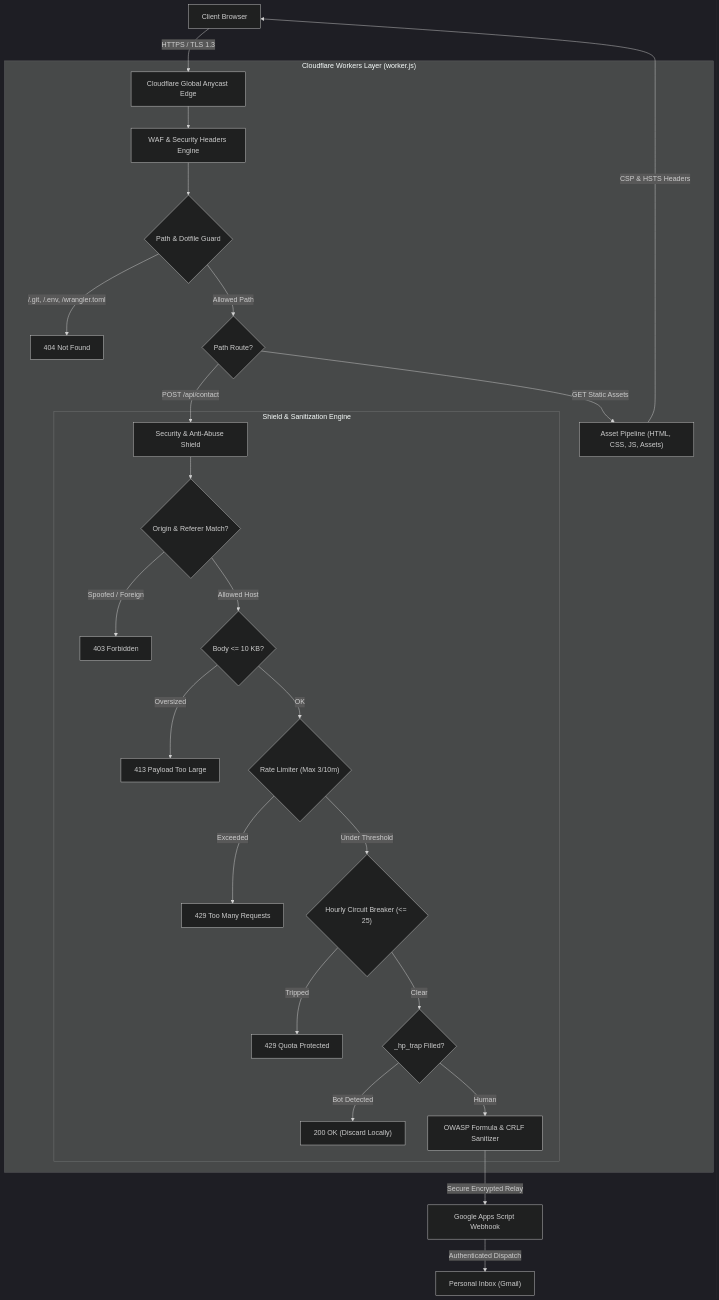
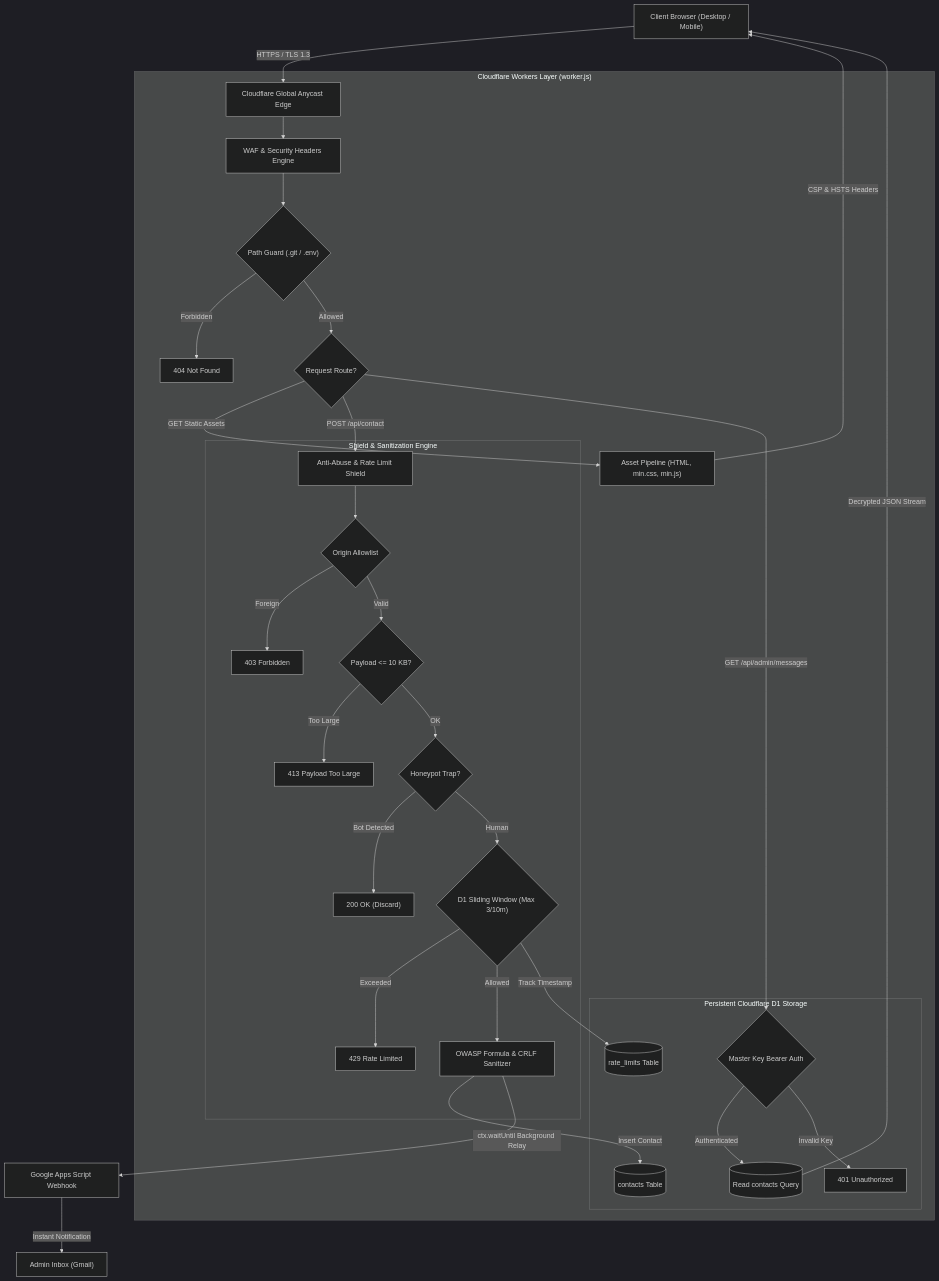
Before and after one commit to Anmolop97/My-portfolio..: the diagram in README.md, drawn with Mermaid (dark theme). The commit also changed other lines of this file and 2 other files, not shown here.

Commit message:
docs: upgrade technical README and whitelist portfolio-anmol.pages.dev origin

````diff
--- a/README.md
+++ b/README.md
@@ -82,32 +93,39 @@
 ```mermaid
 flowchart TD
-    Client["Client Browser"] -->|HTTPS / TLS 1.3| CF["Cloudflare Global Anycast Edge"]
+    Client["Client Browser (Desktop / Mobile)"] -->|HTTPS / TLS 1.3| CF["Cloudflare Global Anycast Edge"]
     
     subgraph Edge ["Cloudflare Workers Layer (worker.js)"]
         CF --> WAF["WAF & Security Headers Engine"]
-        WAF --> PathBlock{"Path & Dotfile Guard"}
-        PathBlock -->|/.git, /.env, /wrangler.toml| Reject404["404 Not Found"]
-        PathBlock -->|Allowed Path| Route{"Path Route?"}
+        WAF --> PathBlock{"Path Guard (.git / .env)"}
+        PathBlock -->|Forbidden| Reject404["404 Not Found"]
+        PathBlock -->|Allowed| Route{"Request Route?"}
         
-        Route -->|GET Static Assets| Assets["Asset Pipeline (HTML, CSS, JS, Assets)"]
-        Route -->|POST /api/contact| SecurityShield["Security & Anti-Abuse Shield"]
+        Route -->|GET Static Assets| Assets["Asset Pipeline (HTML, min.css, min.js)"]
+        Route -->|POST /api/contact| Shield["Anti-Abuse & Rate Limit Shield"]
+        Route -->|GET /api/admin/messages| AuthGate{"Master Key Bearer Auth"}
         
-        subgraph Shield ["Shield & Sanitization Engine"]
-            SecurityShield --> OriginCheck{"Origin & Referer Match?"}
-            OriginCheck -->|Spoofed / Foreign| Reject403["403 Forbidden"]
-            OriginCheck -->|Allowed Host| SizeCheck{"Body <= 10 KB?"}
-            SizeCheck -->|Oversized| Reject413["413 Payload Too Large"]
-            SizeCheck -->|OK| RateLimit{"Rate Limiter (Max 3/10m)"}
-            RateLimit -->|Exceeded| Reject429["429 Too Many Requests"]
-            RateLimit -->|Under Threshold| GlobalBreaker{"Hourly Circuit Breaker (<= 25)"}
-            GlobalBreaker -->|Tripped| QuotaGuard["429 Quota Protected"]
-            GlobalBreaker -->|Clear| Honeypot{"_hp_trap Filled?"}
-            Honeypot -->|Bot Detected| Fake200["200 OK (Discard Locally)"]
-            Honeypot -->|Human| Sanitize["OWASP Formula & CRLF Sanitizer"]
+        subgraph ShieldEngine ["Shield & Sanitization Engine"]
+            Shield --> OriginCheck{"Origin Allowlist"}
+            OriginCheck -->|Foreign| Reject403["403 Forbidden"]
+            OriginCheck -->|Valid| PayloadCheck{"Payload <= 10 KB?"}
+            PayloadCheck -->|Too Large| Reject413["413 Payload Too Large"]
+            PayloadCheck -->|OK| Honeypot{"Honeypot Trap?"}
+            Honeypot -->|Bot Detected| Fake200["200 OK (Discard)"]
+            Honeypot -->|Human| D1Rate{"D1 Sliding Window (Max 3/10m)"}
+            D1Rate -->|Exceeded| Reject429["429 Rate Limited"]
+            D1Rate -->|Allowed| Sanitize["OWASP Formula & CRLF Sanitizer"]
+        end
+        
+        subgraph Database ["Persistent Cloudflare D1 Storage"]
+            Sanitize -->|Insert Contact| D1Contacts[("contacts Table")]
+            D1Rate -->|Track Timestamp| D1Rates[("rate_limits Table")]
+            AuthGate -->|Authenticated| D1Read[("Read contacts Query")]
+            AuthGate -->|Invalid Key| Reject401["401 Unauthorized"]
         end
     end
     
-    Sanitize -->|Secure Encrypted Relay| GoogleScript["Google Apps Script Webhook"]
-    GoogleScript -->|Authenticated Dispatch| Gmail["Personal Inbox (Gmail)"]
+    Sanitize -->|ctx.waitUntil Background Relay| GoogleScript["Google Apps Script Webhook"]
+    GoogleScript -->|Instant Notification| Gmail["Admin Inbox (Gmail)"]
+    D1Read -->|Decrypted JSON Stream| Client
     Assets -->|CSP & HSTS Headers| Client
 ```
````
